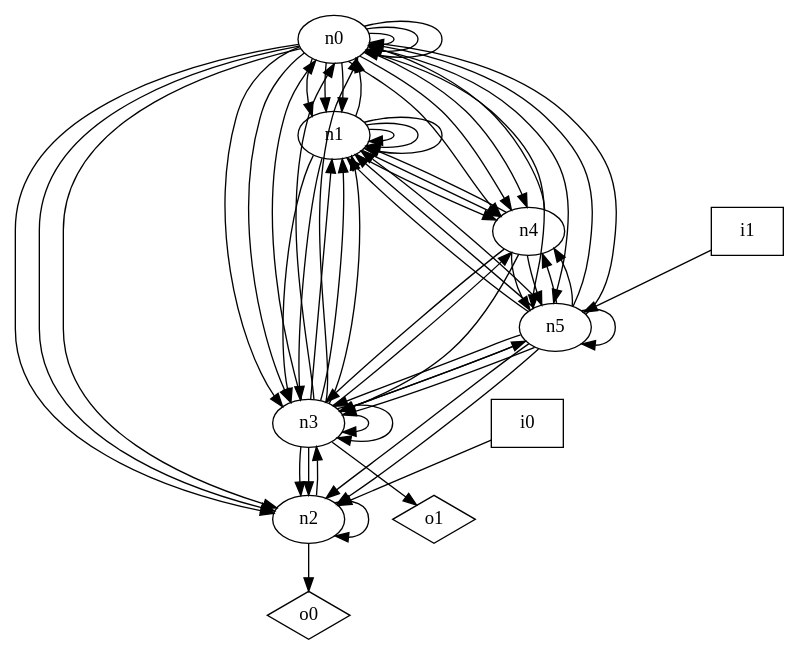
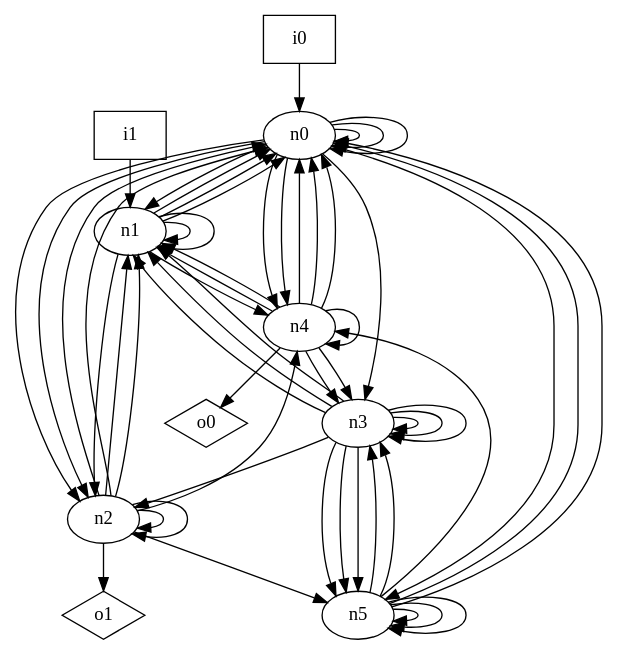
Before and after one commit to p9romain/bool-circuits: the diagram in dot_files/random_graph/graph.dot, drawn with Graphviz. The commit also changed 73 other files, not shown here.

```diff
--- a/dot_files/random_graph/graph.dot
+++ b/dot_files/random_graph/graph.dot
@@ -1,73 +1,67 @@
 digraph G {
 n0 [label="n0"];
 n1 [label="n1"];
 n2 [label="n2"];
 n3 [label="n3"];
 n4 [label="n4"];
 n5 [label="n5"];
 n6 [label="i0",shape="box"];
 n7 [label="i1",shape="box"];
 n8 [label="o0",shape="diamond"];
 n9 [label="o1",shape="diamond"];
 n0 -> n0
 n0 -> n0
 n0 -> n0
 n0 -> n1
-n0 -> n1
-n0 -> n1
-n0 -> n2
 n0 -> n2
 n0 -> n2
 n0 -> n3
-n0 -> n3
-n0 -> n4
 n0 -> n4
 n0 -> n4
 n0 -> n5
-n0 -> n5
+n1 -> n0
+n1 -> n0
 n1 -> n0
 n1 -> n1
 n1 -> n1
-n1 -> n1
-n1 -> n3
-n1 -> n3
+n1 -> n2
 n1 -> n4
-n1 -> n4
+n2 -> n0
+n2 -> n0
+n2 -> n1
+n2 -> n1
 n2 -> n2
-n2 -> n3
-n2 -> n8
-n3 -> n0
-n3 -> n0
-n3 -> n0
+n2 -> n2
+n2 -> n4
+n2 -> n5
+n2 -> n9
 n3 -> n1
 n3 -> n1
 n3 -> n1
 n3 -> n2
-n3 -> n2
 n3 -> n3
 n3 -> n3
-n3 -> n4
+n3 -> n3
 n3 -> n5
-n3 -> n9
+n3 -> n5
+n3 -> n5
 n4 -> n0
+n4 -> n0
+n4 -> n0
+n4 -> n1
 n4 -> n1
 n4 -> n3
 n4 -> n3
-n4 -> n5
-n4 -> n5
+n4 -> n4
+n4 -> n8
 n5 -> n0
 n5 -> n0
-n5 -> n1
-n5 -> n1
-n5 -> n1
-n5 -> n2
-n5 -> n2
-n5 -> n3
 n5 -> n3
 n5 -> n3
 n5 -> n4
-n5 -> n4
 n5 -> n5
-n6 -> n2
-n7 -> n5
+n5 -> n5
+n5 -> n5
+n6 -> n0
+n7 -> n1
 }
```
